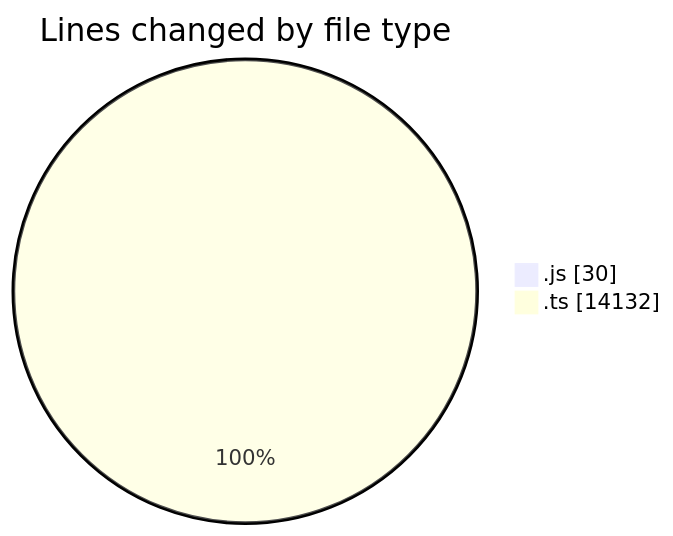
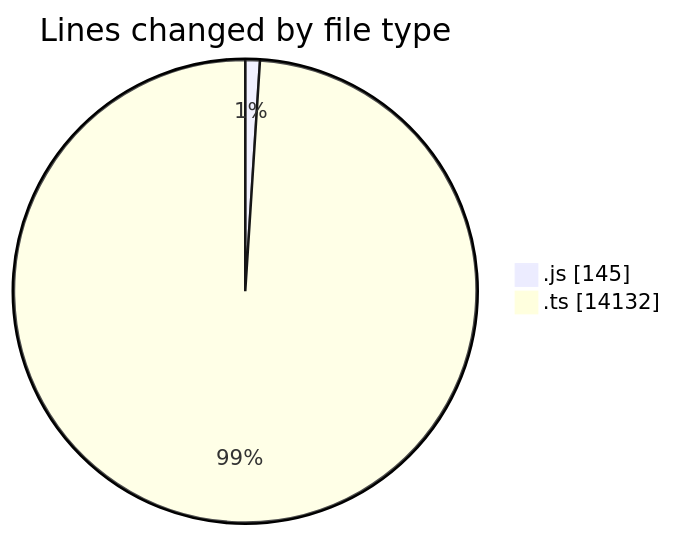
Before and after one commit to momahboobian/code-tracking: the first of 2 diagrams in 2025-05-27/cda/README.md, drawn with Mermaid. The commit also changed other lines of this file and 1 other file, not shown here.

````diff
--- a/2025-05-27/cda/README.md
+++ b/2025-05-27/cda/README.md
@@ -24,6 +25,6 @@
 ```mermaid
 pie showData
 title Lines changed by file type
-".js" : 30
+".js" : 145
 ".ts" : 14132
 ```
````
